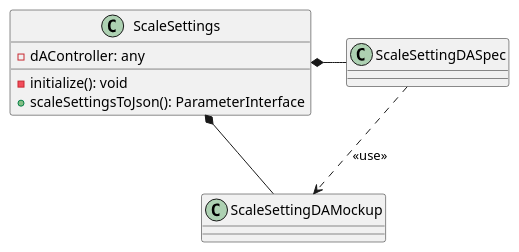
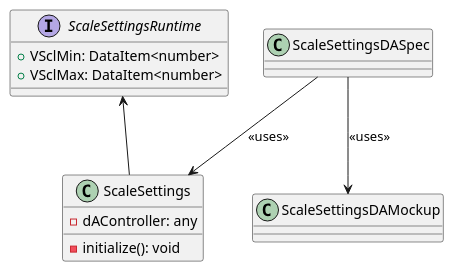
One commit to p2o-lab/polaris-backend changed the diagram in src/modularPlantManager/pea/dataAssembly/_extensions/scaleSettingsDA/ScaleSettings.puml. Above: the diagram before and after it, drawn with PlantUML. The commit also changed 21 other files, not shown here.

```diff
--- a/src/modularPlantManager/pea/dataAssembly/_extensions/scaleSettingsDA/ScaleSettings.puml
+++ b/src/modularPlantManager/pea/dataAssembly/_extensions/scaleSettingsDA/ScaleSettings.puml
@@ -26,14 +26,18 @@
 @startuml
 'https://plantuml.com/class-diagram
+
+interface ScaleSettingsRuntime{
+	+ VSclMin: DataItem<number>
+	+ VSclMax: DataItem<number>
+}
 
 class ScaleSettings{
     - dAController: any
     - initialize(): void
-    + scaleSettingsToJson(): ParameterInterface
 }
 
-ScaleSettings *- ScaleSettingDASpec
-ScaleSettingDASpec ..> ScaleSettingDAMockup : <<use>>
-ScaleSettings *- ScaleSettingDAMockup
+ScaleSettingsRuntime <-- ScaleSettings
+ScaleSettingsDASpec --> ScaleSettings : <<uses>>
+ScaleSettingsDASpec --> ScaleSettingsDAMockup : <<uses>>
 
 @enduml
```
